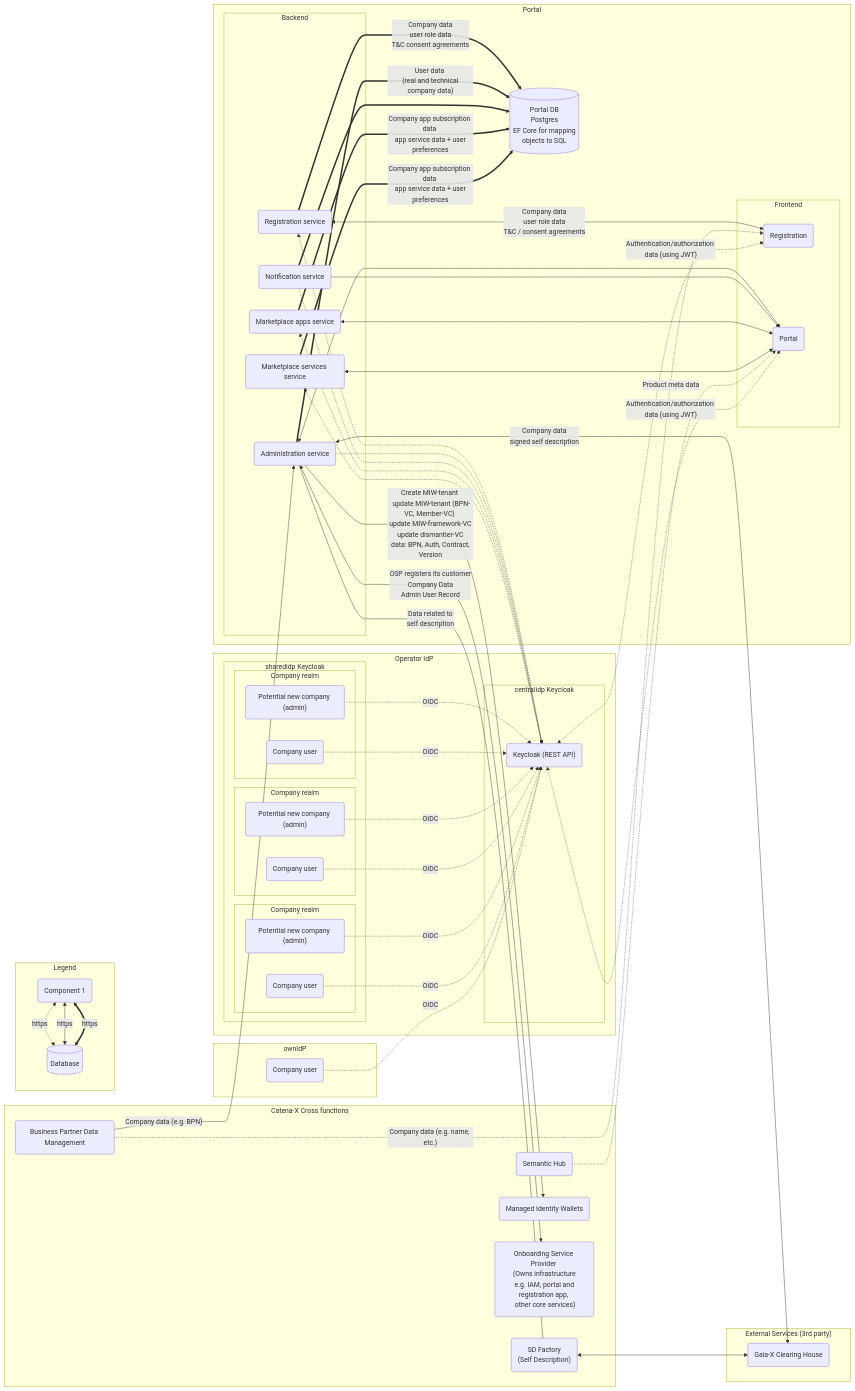
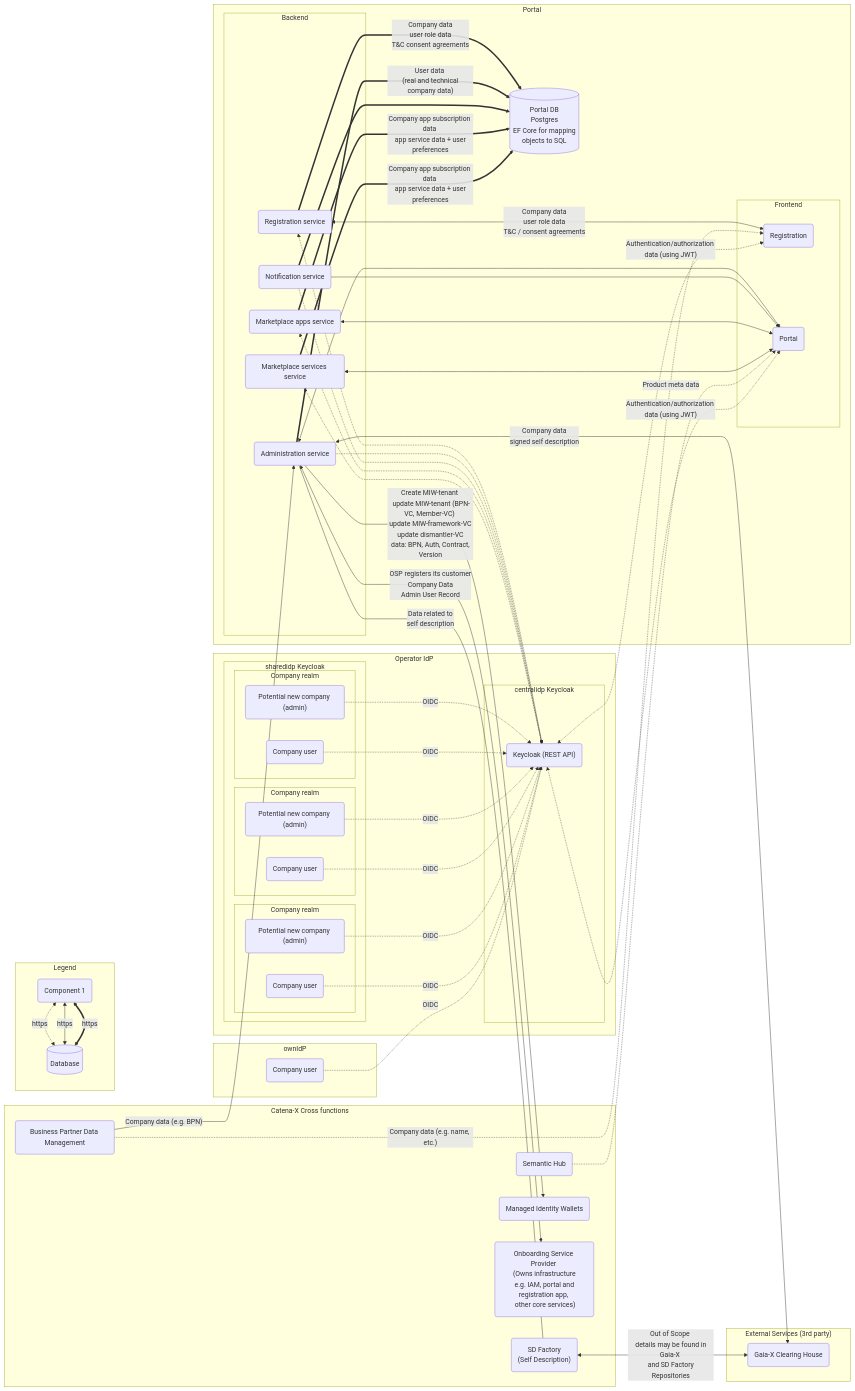
Before and after one commit to eclipse-tractusx/portal-assets: the diagram in docs/developer/Technical Documentation/Architecture/Security-Assessment.md, drawn with Mermaid. The commit also changed other lines of this file, not shown here.

```diff
--- a/docs/developer/Technical Documentation/Architecture/Security-Assessment.md
+++ b/docs/developer/Technical Documentation/Architecture/Security-Assessment.md
@@ -133,7 +133,7 @@
     MSS <--> PF
     MSS <-.-> K
     MSS ==>|Company app subscription data \n app service data + user preferences| PDB
-    SDF <--> CH
+    SDF <-->|Out of Scope \n details may be found in Gaia-X \n and SD Factory Repositories| CH
     SDT -.->|Product meta data| PF
     NC1 & CU-Shared1 & NC2 & CU-Shared2 & NC3 & CU-Shared3 & CU-Own -.-> |OIDC| K
     K <-.-> |"Authentication/authorization data (using JWT)"| RF & PF
```
